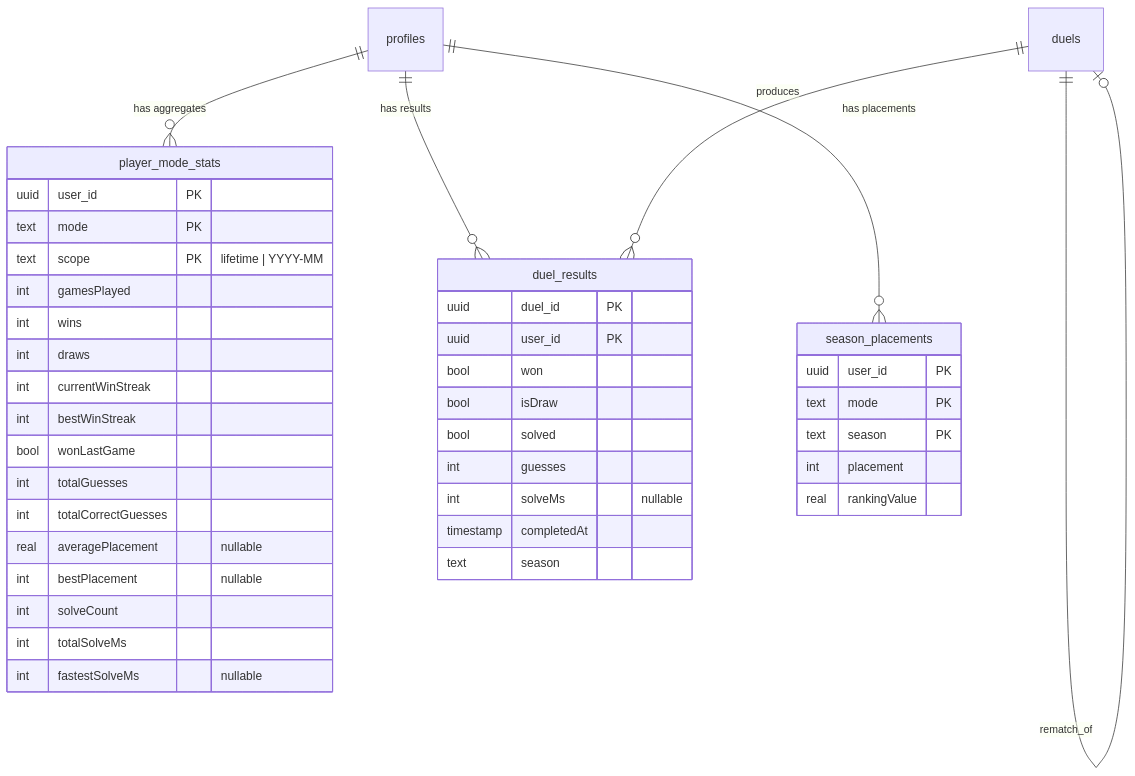
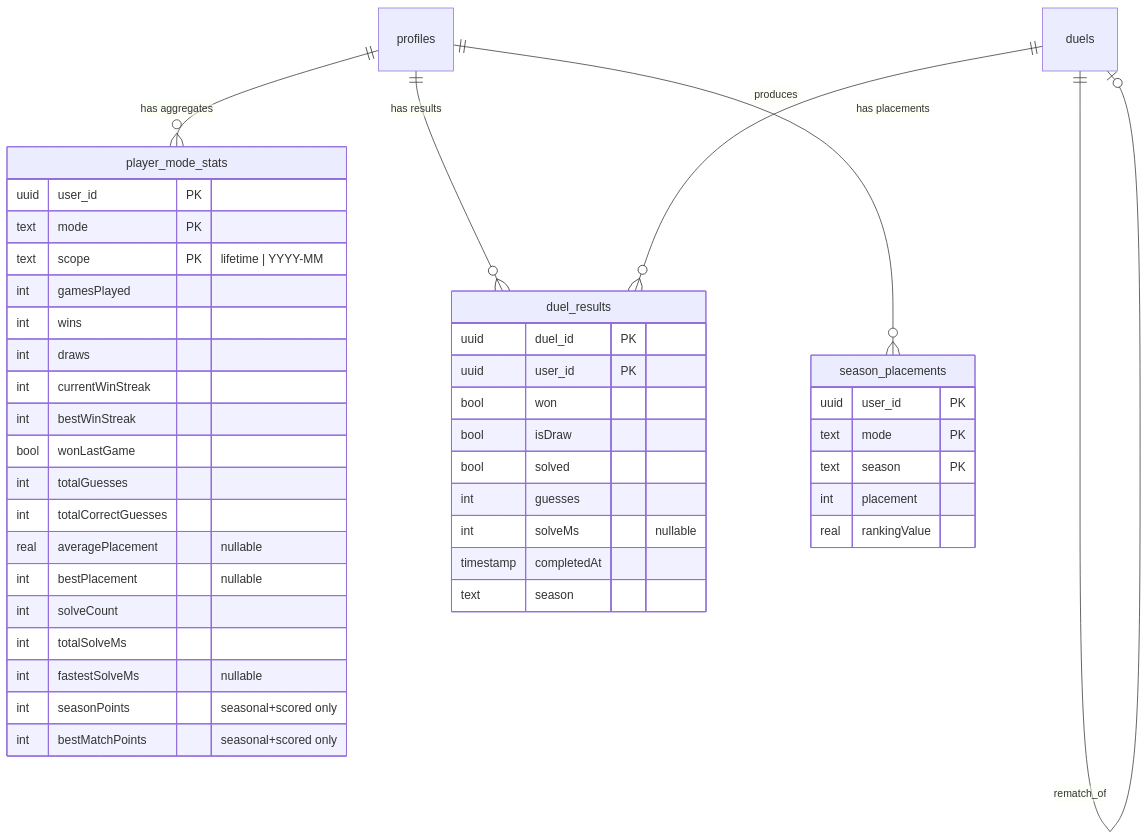
The diagram in .kiro/specs/retention-foundation/design.md (AddisonRedmond/final-word-mono), drawn with Mermaid before and after one commit. The commit also changed other lines of this file and 8 other files, not shown here.

Commit message:
stats schema created, checkbpoint before running all tasks

````diff
--- a/.kiro/specs/retention-foundation/design.md
+++ b/.kiro/specs/retention-foundation/design.md
@@ -332,45 +395,47 @@
 ```mermaid
 erDiagram
     profiles ||--o{ player_mode_stats : "has aggregates"
     profiles ||--o{ duel_results : "has results"
     profiles ||--o{ season_placements : "has placements"
     duels ||--o{ duel_results : "produces"
     duels ||--o| duels : "rematch_of"
 
     player_mode_stats {
       uuid user_id PK
       text mode PK
       text scope PK "lifetime | YYYY-MM"
       int gamesPlayed
       int wins
       int draws
       int currentWinStreak
       int bestWinStreak
       bool wonLastGame
       int totalGuesses
       int totalCorrectGuesses
       real averagePlacement "nullable"
       int bestPlacement "nullable"
       int solveCount
       int totalSolveMs
       int fastestSolveMs "nullable"
+      int seasonPoints "seasonal+scored only"
+      int bestMatchPoints "seasonal+scored only"
     }
     duel_results {
       uuid duel_id PK
       uuid user_id PK
       bool won
       bool isDraw
       bool solved
       int guesses
       int solveMs "nullable"
       timestamp completedAt
       text season
     }
     season_placements {
       uuid user_id PK
       text mode PK
       text season PK
       int placement
       real rankingValue
     }
 ```
````
